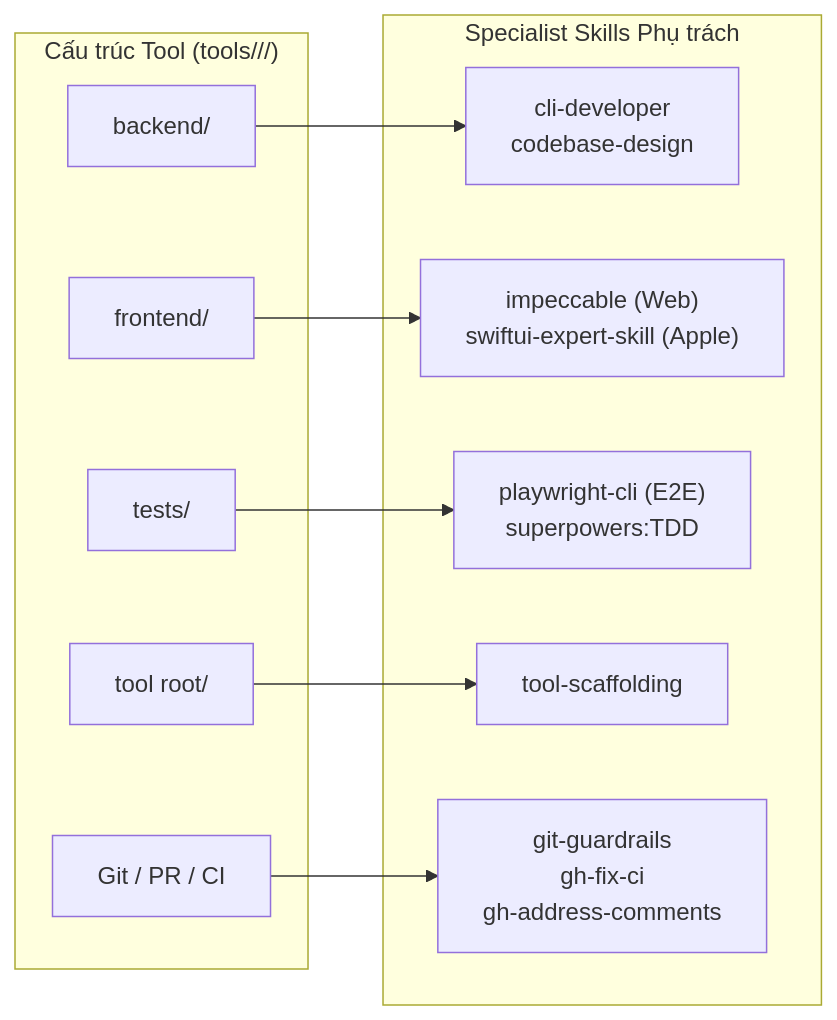
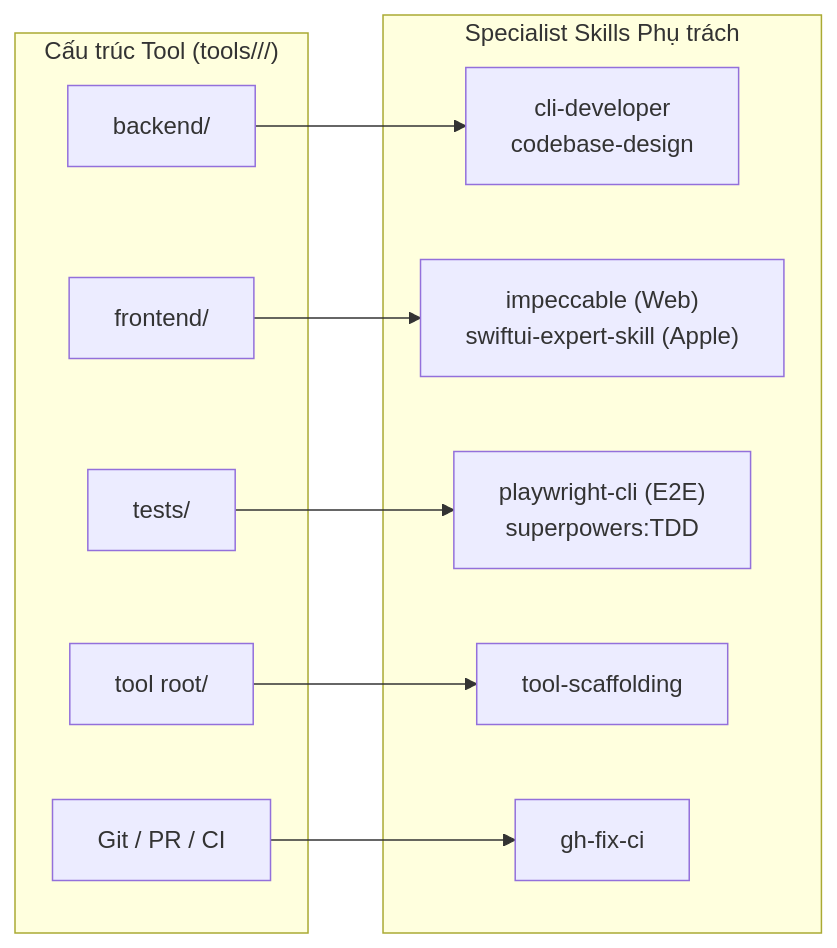
The diagram in .agents/skills/README.md (taixuann/development-space), drawn with Mermaid before and after one commit. The commit also changed other lines of this file and 11 other files, not shown here.

Commit message:
chore(skills): remove gh-address-comments and git-guardrails-claude-code

````diff
--- a/.agents/skills/README.md
+++ b/.agents/skills/README.md
@@ -12,24 +12,24 @@
 ```mermaid
 graph LR
     subgraph ToolStructure ["Cấu trúc Tool (tools/<space>/<name>/)"]
         BackendFolder["backend/"]
         FrontendFolder["frontend/"]
         TestsFolder["tests/"]
         RootFolder["tool root/"]
         GitWorkflow["Git / PR / CI"]
     end
 
     subgraph Specialists ["Specialist Skills Phụ trách"]
         BackendSkills["cli-developer<br/>codebase-design"]
         FrontendSkills["impeccable (Web)<br/>swiftui-expert-skill (Apple)"]
         TestSkills["playwright-cli (E2E)<br/>superpowers:TDD"]
         ScaffoldSkill["tool-scaffolding"]
-        GitSkills["git-guardrails<br/>gh-fix-ci<br/>gh-address-comments"]
+        GitSkills["gh-fix-ci"]
     end
 
     BackendFolder --> BackendSkills
     FrontendFolder --> FrontendSkills
     TestsFolder --> TestSkills
     RootFolder --> ScaffoldSkill
     GitWorkflow --> GitSkills
 ```
````
